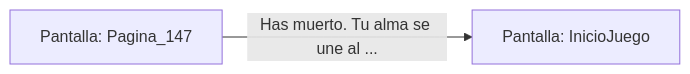
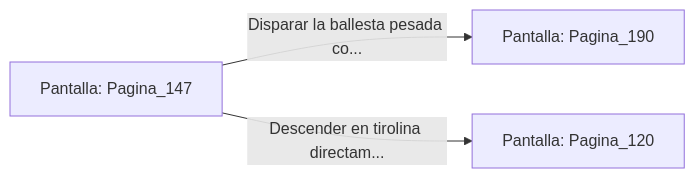
Before and after one commit to metsuke/mpl: the diagram in sample/eligejuego-vault/Pantalla_Pagina_147.md, drawn with Mermaid. The commit also changed other lines of this file and 635 other files, not shown here.

First line of the commit message:
fix: añadir Pagina_1 como pantalla inicial en capitulo_01.mpl

````diff
--- a/sample/eligejuego-vault/Pantalla_Pagina_147.md
+++ b/sample/eligejuego-vault/Pantalla_Pagina_147.md
@@ -17,5 +24,6 @@
 ```mermaid
 graph LR
     P_Pagina_147["Pantalla: Pagina_147"]
-    P_Pagina_147 -->|"Has muerto. Tu alma se une al ..."| P_InicioJuego["Pantalla: InicioJuego"]
+    P_Pagina_147 -->|"Disparar la ballesta pesada co..."| P_Pagina_190["Pantalla: Pagina_190"]
+    P_Pagina_147 -->|"Descender en tirolina directam..."| P_Pagina_120["Pantalla: Pagina_120"]
 ```
````
